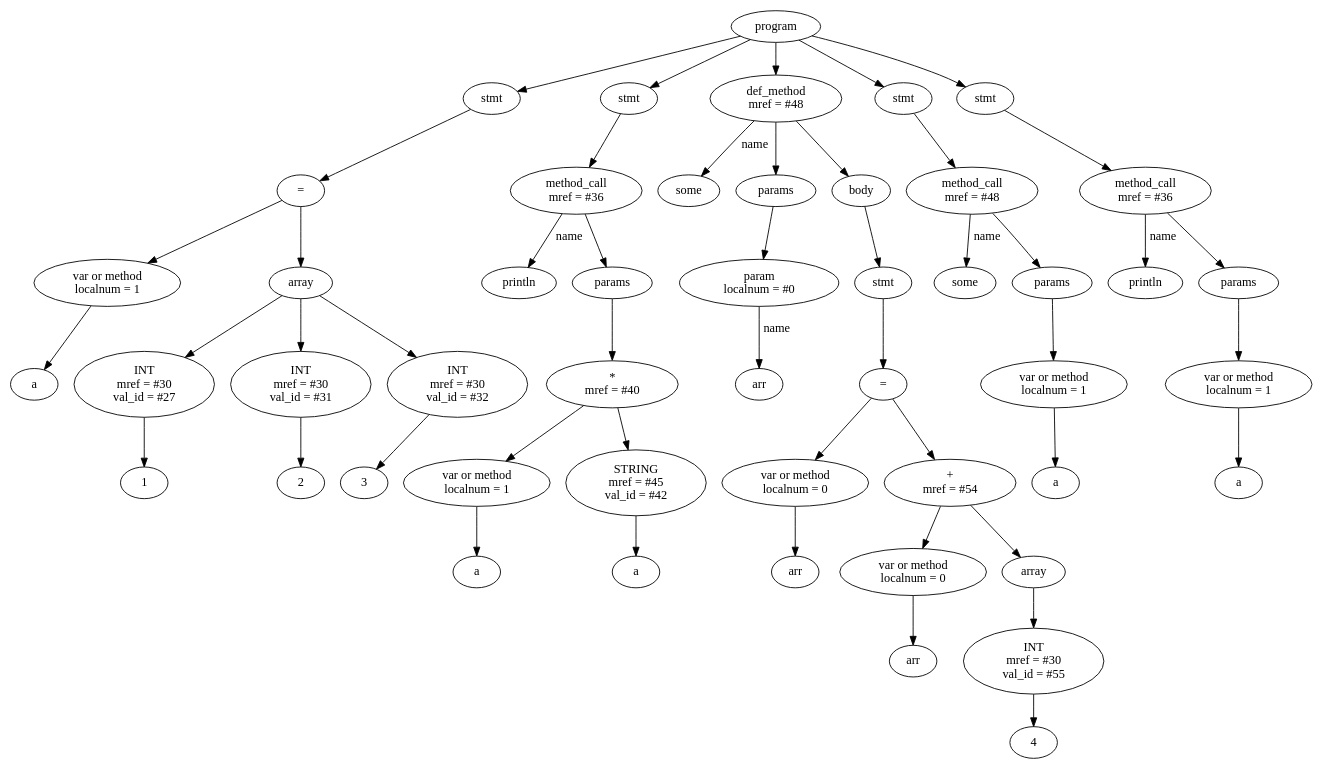
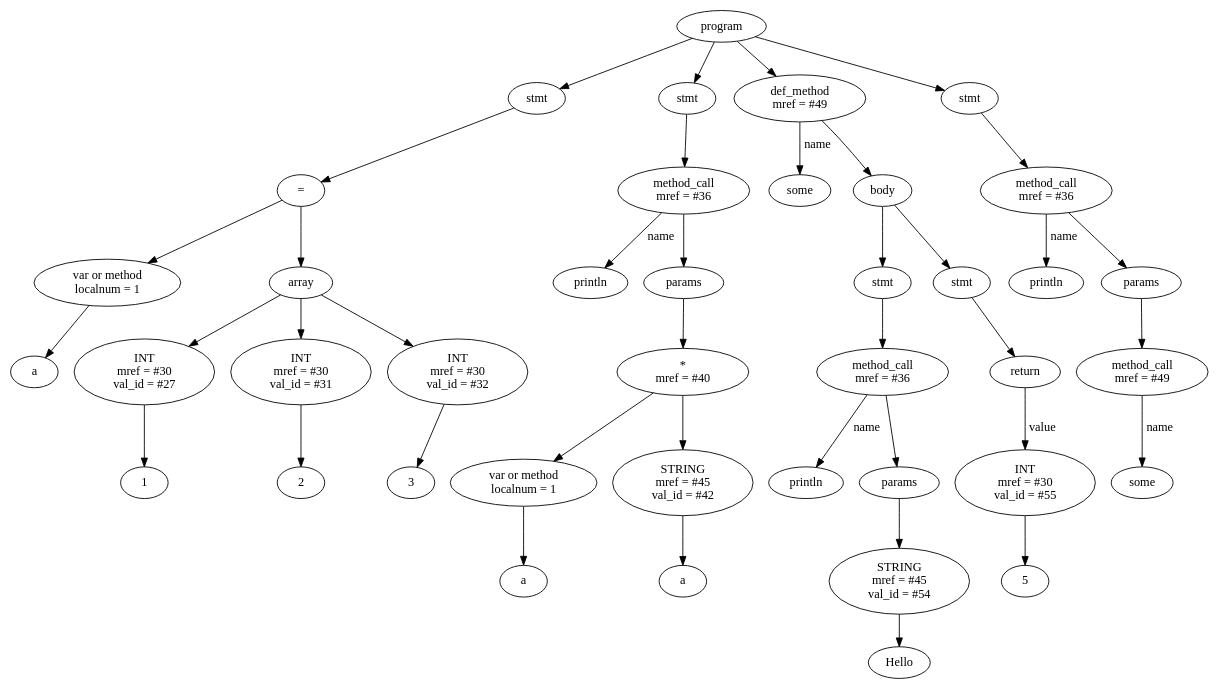
Before and after one commit to vitek999/ruby_compiler: the diagram in RubyCompiler/tree.dot, drawn with Graphviz. The commit also changed 4 other files, not shown here.

```diff
--- a/RubyCompiler/tree.dot
+++ b/RubyCompiler/tree.dot
@@ -1,99 +1,81 @@
 digraph G {
-Id00B355D0 [label="program"]
-Id00B33E60 [label="stmt"]
-Id00B33DF0 [label="="]
-Id00B33BC0 [label="var or method\n localnum = 1"]
-IdVal00B33BC0 [label="a"]
-Id00B33BC0->IdVal00B33BC0
-Id00B33D80 [label = "array"]
-Id00B33C30 [label="INT\n mref = #30\n val_id = #27"]
-IdVal00B33C30 [label="1"]
-Id00B33C30->IdVal00B33C30
-Id00B33D80->Id00B33C30
-Id00B33CA0 [label="INT\n mref = #30\n val_id = #31"]
-IdVal00B33CA0 [label="2"]
-Id00B33CA0->IdVal00B33CA0
-Id00B33D80->Id00B33CA0
-Id00B33D10 [label="INT\n mref = #30\n val_id = #32"]
-IdVal00B33D10 [label="3"]
-Id00B33D10->IdVal00B33D10
-Id00B33D80->Id00B33D10
-Id00B33DF0->Id00B33BC0
-Id00B33DF0->Id00B33D80
-Id00B33E60->Id00B33DF0
-Id00B355D0->Id00B33E60
-Id00B343C0 [label="stmt"]
-Id00B34008 [label="method_call\n mref = #36"]
-IdMethodNameVal00B34008 [label="println"]
-Id00B34008->IdMethodNameVal00B34008 [label="name"]
-Id00B2E090 [label="params"]
-Id00B34008->Id00B2E090
-Id00B33F90 [label="*\n mref = #40"]
-Id00B33EB0 [label="var or method\n localnum = 1"]
-IdVal00B33EB0 [label="a"]
-Id00B33EB0->IdVal00B33EB0
-Id00B33F20 [label="STRING\n mref = #45\n val_id = #42"]
-IdVal00B33F20 [label="a"]
-Id00B33F20->IdVal00B33F20
-Id00B33F90->Id00B33EB0
-Id00B33F90->Id00B33F20
-Id00B2E090->Id00B33F90
-Id00B343C0->Id00B34008
-Id00B355D0->Id00B343C0
-Id00B352E8 [label="def_method\n mref = #48"]
-IdName00B352E8 [label="some"]
-Id00B352E8->IdName00B352E8 [label = "name"]
-Id00B2E330 [label="params"]
-Id00B348F0 [label="param\n localnum = #0"]
-Id00B2E330->Id00B348F0
-IdNameVal00B348F0 [label="arr"]
-Id00B348F0->IdNameVal00B348F0 [label="name"]
-Id00B352E8->Id00B2E330
-Id00B2DF40 [label="body"]
-Id00B34690 [label="stmt"]
-Id00B350B8 [label="="]
-Id00B34960 [label="var or method\n localnum = 0"]
-IdVal00B34960 [label="arr"]
-Id00B34960->IdVal00B34960
-Id00B35048 [label="+\n mref = #54"]
-Id00B34A00 [label="var or method\n localnum = 0"]
-IdVal00B34A00 [label="arr"]
-Id00B34A00->IdVal00B34A00
-Id00B34FD8 [label = "array"]
-Id00B34A70 [label="INT\n mref = #30\n val_id = #55"]
-IdVal00B34A70 [label="4"]
-Id00B34A70->IdVal00B34A70
-Id00B34FD8->Id00B34A70
-Id00B35048->Id00B34A00
-Id00B35048->Id00B34FD8
-Id00B350B8->Id00B34960
-Id00B350B8->Id00B35048
-Id00B34690->Id00B350B8
-Id00B2DF40->Id00B34690
-Id00B352E8->Id00B2DF40
-Id00B355D0->Id00B352E8
-Id00B34140 [label="stmt"]
-Id00B35198 [label="method_call\n mref = #48"]
-IdMethodNameVal00B35198 [label="some"]
-Id00B35198->IdMethodNameVal00B35198 [label="name"]
-Id00B2E598 [label="params"]
-Id00B35198->Id00B2E598
-Id00B34DA8 [label="var or method\n localnum = 1"]
-IdVal00B34DA8 [label="a"]
-Id00B34DA8->IdVal00B34DA8
-Id00B2E598->Id00B34DA8
-Id00B34140->Id00B35198
-Id00B355D0->Id00B34140
-Id00B344B0 [label="stmt"]
-Id00B34E18 [label="method_call\n mref = #36"]
-IdMethodNameVal00B34E18 [label="println"]
-Id00B34E18->IdMethodNameVal00B34E18 [label="name"]
-Id00B2E250 [label="params"]
-Id00B34E18->Id00B2E250
-Id00B35278 [label="var or method\n localnum = 1"]
-IdVal00B35278 [label="a"]
-Id00B35278->IdVal00B35278
-Id00B2E250->Id00B35278
-Id00B344B0->Id00B34E18
-Id00B355D0->Id00B344B0
+Id00D05410 [label="program"]
+Id00D03F00 [label="stmt"]
+Id00D03E90 [label="="]
+Id00CF51E8 [label="var or method\n localnum = 1"]
+IdVal00CF51E8 [label="a"]
+Id00CF51E8->IdVal00CF51E8
+Id00D03E20 [label = "array"]
+Id00D03CD0 [label="INT\n mref = #30\n val_id = #27"]
+IdVal00D03CD0 [label="1"]
+Id00D03CD0->IdVal00D03CD0
+Id00D03E20->Id00D03CD0
+Id00D03D40 [label="INT\n mref = #30\n val_id = #31"]
+IdVal00D03D40 [label="2"]
+Id00D03D40->IdVal00D03D40
+Id00D03E20->Id00D03D40
+Id00D03DB0 [label="INT\n mref = #30\n val_id = #32"]
+IdVal00D03DB0 [label="3"]
+Id00D03DB0->IdVal00D03DB0
+Id00D03E20->Id00D03DB0
+Id00D03E90->Id00CF51E8
+Id00D03E90->Id00D03E20
+Id00D03F00->Id00D03E90
+Id00D05410->Id00D03F00
+Id00D041D8 [label="stmt"]
+Id00D04140 [label="method_call\n mref = #36"]
+IdMethodNameVal00D04140 [label="println"]
+Id00D04140->IdMethodNameVal00D04140 [label="name"]
+Id00CFDF68 [label="params"]
+Id00D04140->Id00CFDF68
+Id00D040D0 [label="*\n mref = #40"]
+Id00D03FC0 [label="var or method\n localnum = 1"]
+IdVal00D03FC0 [label="a"]
+Id00D03FC0->IdVal00D03FC0
+Id00D04060 [label="STRING\n mref = #45\n val_id = #42"]
+IdVal00D04060 [label="a"]
+Id00D04060->IdVal00D04060
+Id00D040D0->Id00D03FC0
+Id00D040D0->Id00D04060
+Id00CFDF68->Id00D040D0
+Id00D041D8->Id00D04140
+Id00D05410->Id00D041D8
+Id00D04B48 [label="def_method\n mref = #49"]
+IdName00D04B48 [label="some"]
+Id00D04B48->IdName00D04B48 [label = "name"]
+Id00CFE4E0 [label="body"]
+Id00D04318 [label="stmt"]
+Id00D04A68 [label="method_call\n mref = #36"]
+IdMethodNameVal00D04A68 [label="println"]
+Id00D04A68->IdMethodNameVal00D04A68 [label="name"]
+Id00CFE3C8 [label="params"]
+Id00D04A68->Id00CFE3C8
+Id00D049F8 [label="STRING\n mref = #45\n val_id = #54"]
+IdVal00D049F8 [label="Hello"]
+Id00D049F8->IdVal00D049F8
+Id00CFE3C8->Id00D049F8
+Id00D04318->Id00D04A68
+Id00CFE4E0->Id00D04318
+Id00D048B8 [label="stmt"]
+IdName00D048B8 [label="return"]
+Id00D04AD8 [label="INT\n mref = #30\n val_id = #55"]
+IdVal00D04AD8 [label="5"]
+Id00D04AD8->IdVal00D04AD8
+IdName00D048B8->Id00D04AD8 [label="value"]
+Id00D048B8->IdName00D048B8
+Id00CFE4E0->Id00D048B8
+Id00D04B48->Id00CFE4E0
+Id00D05410->Id00D04B48
+Id00D04958 [label="stmt"]
+Id00D04E90 [label="method_call\n mref = #36"]
+IdMethodNameVal00D04E90 [label="println"]
+Id00D04E90->IdMethodNameVal00D04E90 [label="name"]
+Id00CFE2E8 [label="params"]
+Id00D04E90->Id00CFE2E8
+Id00D04FE0 [label="method_call\n mref = #49"]
+IdMethodNameVal00D04FE0 [label="some"]
+Id00D04FE0->IdMethodNameVal00D04FE0 [label="name"]
+Id00CFE2E8->Id00D04FE0
+Id00D04958->Id00D04E90
+Id00D05410->Id00D04958
 }
```
